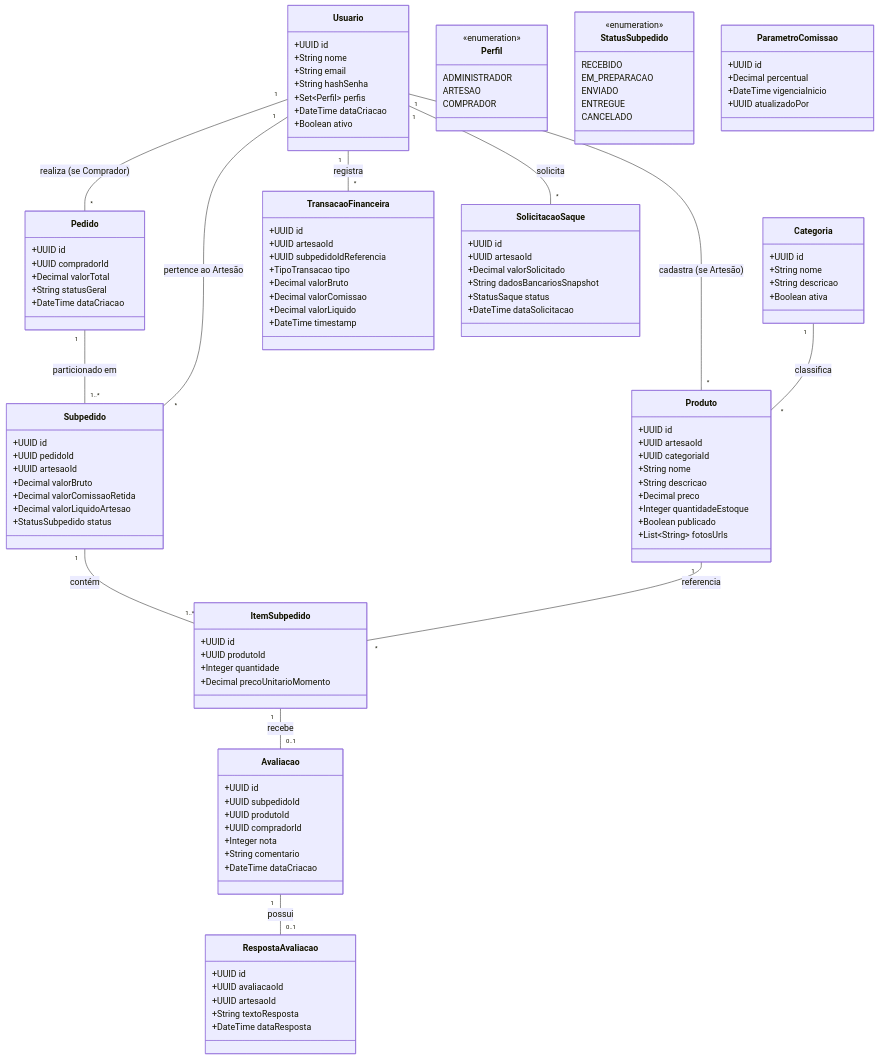
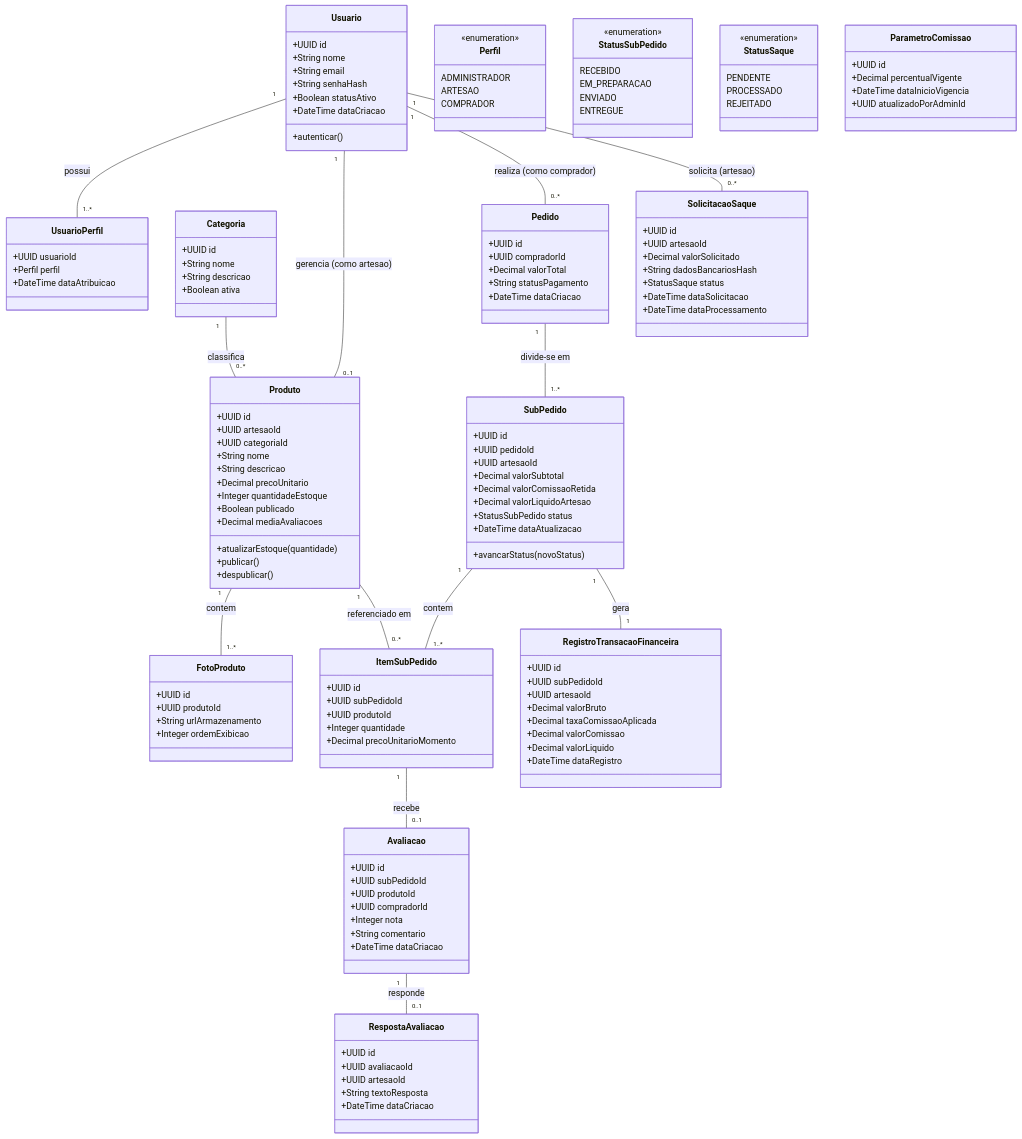
Before and after one commit to PDC-ESIA/AI4ES: the third of 3 diagrams in docs/Time_2_Design/analise-qualitativa/outputs/relatorio_gemini_3_7_flash_M03.md, drawn with Mermaid. The commit also changed other lines of this file and 107 other files, not shown here.

````diff
--- a/docs/Time_2_Design/analise-qualitativa/outputs/relatorio_gemini_3_7_flash_M03.md
+++ b/docs/Time_2_Design/analise-qualitativa/outputs/relatorio_gemini_3_7_flash_M03.md
@@ -172,10 +163,10 @@
         +UUID id
         +String nome
         +String email
-        +String hashSenha
-        +Set~Perfil~ perfis
+        +String senhaHash
+        +Boolean statusAtivo
         +DateTime dataCriacao
-        +Boolean ativo
+        +autenticar()
     }
 
     class Perfil {
@@ -183,6 +174,12 @@
         ADMINISTRADOR
         ARTESAO
         COMPRADOR
+    }
+
+    class UsuarioPerfil {
+        +UUID usuarioId
+        +Perfil perfil
+        +DateTime dataAtribuicao
     }
 
     class Categoria {
@@ -198,41 +195,53 @@
         +UUID categoriaId
         +String nome
         +String descricao
-        +Decimal preco
+        +Decimal precoUnitario
         +Integer quantidadeEstoque
         +Boolean publicado
-        +List~String~ fotosUrls
+        +Decimal mediaAvaliacoes
+        +atualizarEstoque(quantidade)
+        +publicar()
+        +despublicar()
+    }
+
+    class FotoProduto {
+        +UUID id
+        +UUID produtoId
+        +String urlArmazenamento
+        +Integer ordemExibicao
     }
 
     class Pedido {
         +UUID id
         +UUID compradorId
         +Decimal valorTotal
-        +String statusGeral
+        +String statusPagamento
         +DateTime dataCriacao
     }
 
-    class Subpedido {
+    class SubPedido {
         +UUID id
         +UUID pedidoId
         +UUID artesaoId
-        +Decimal valorBruto
+        +Decimal valorSubtotal
         +Decimal valorComissaoRetida
         +Decimal valorLiquidoArtesao
-        +StatusSubpedido status
+        +StatusSubPedido status
+        +DateTime dataAtualizacao
+        +avancarStatus(novoStatus)
     }
 
-    class StatusSubpedido {
+    class StatusSubPedido {
         <<enumeration>>
         RECEBIDO
         EM_PREPARACAO
         ENVIADO
         ENTREGUE
-        CANCELADO
     }
 
-    class ItemSubpedido {
+    class ItemSubPedido {
         +UUID id
+        +UUID subPedidoId
         +UUID produtoId
         +Integer quantidade
         +Decimal precoUnitarioMomento
@@ -240,7 +249,7 @@
 
     class Avaliacao {
         +UUID id
-        +UUID subpedidoId
+        +UUID subPedidoId
         +UUID produtoId
         +UUID compradorId
         +Integer nota
@@ -253,45 +262,54 @@
         +UUID avaliacaoId
         +UUID artesaoId
         +String textoResposta
-        +DateTime dataResposta
+        +DateTime dataCriacao
     }
 
-    class ParametroComissao {
+    class RegistroTransacaoFinanceira {
         +UUID id
-        +Decimal percentual
-        +DateTime vigenciaInicio
-        +UUID atualizadoPor
-    }
-
-    class TransacaoFinanceira {
-        +UUID id
+        +UUID subPedidoId
         +UUID artesaoId
-        +UUID subpedidoIdReferencia
-        +TipoTransacao tipo
         +Decimal valorBruto
+        +Decimal taxaComissaoAplicada
         +Decimal valorComissao
         +Decimal valorLiquido
-        +DateTime timestamp
+        +DateTime dataRegistro
     }
 
     class SolicitacaoSaque {
         +UUID id
         +UUID artesaoId
         +Decimal valorSolicitado
-        +String dadosBancariosSnapshot
+        +String dadosBancariosHash
         +StatusSaque status
         +DateTime dataSolicitacao
+        +DateTime dataProcessamento
     }
 
-    Usuario "1" -- "*" Produto : cadastra (se Artesão)
-    Usuario "1" -- "*" Pedido : realiza (se Comprador)
-    Categoria "1" -- "*" Produto : classifica
-    Pedido "1" -- "1..*" Subpedido : particionado em
-    Subpedido "1" -- "1..*" ItemSubpedido : contém
-    Produto "1" -- "*" ItemSubpedido : referencia
-    ItemSubpedido "1" -- "0..1" Avaliacao : recebe
-    Avaliacao "1" -- "0..1" RespostaAvaliacao : possui
-    Subpedido "*" -- "1" Usuario : pertence ao Artesão
-    Usuario "1" -- "*" TransacaoFinanceira : registra
-    Usuario "1" -- "*" SolicitacaoSaque : solicita
+    class StatusSaque {
+        <<enumeration>>
+        PENDENTE
+        PROCESSADO
+        REJEITADO
+    }
+
+    class ParametroComissao {
+        +UUID id
+        +Decimal percentualVigente
+        +DateTime dataInicioVigencia
+        +UUID atualizadoPorAdminId
+    }
+
+    Usuario "1" -- "1..*" UsuarioPerfil : possui
+    Usuario "1" -- "0..1" Produto : gerencia (como artesao)
+    Usuario "1" -- "0..*" Pedido : realiza (como comprador)
+    Categoria "1" -- "0..*" Produto : classifica
+    Produto "1" -- "1..*" FotoProduto : contem
+    Pedido "1" -- "1..*" SubPedido : divide-se em
+    SubPedido "1" -- "1..*" ItemSubPedido : contem
+    Produto "1" -- "0..*" ItemSubPedido : referenciado em
+    ItemSubPedido "1" -- "0..1" Avaliacao : recebe
+    Avaliacao "1" -- "0..1" RespostaAvaliacao : responde
+    SubPedido "1" -- "1" RegistroTransacaoFinanceira : gera
+    Usuario "1" -- "0..*" SolicitacaoSaque : solicita (artesao)
 ```
````
